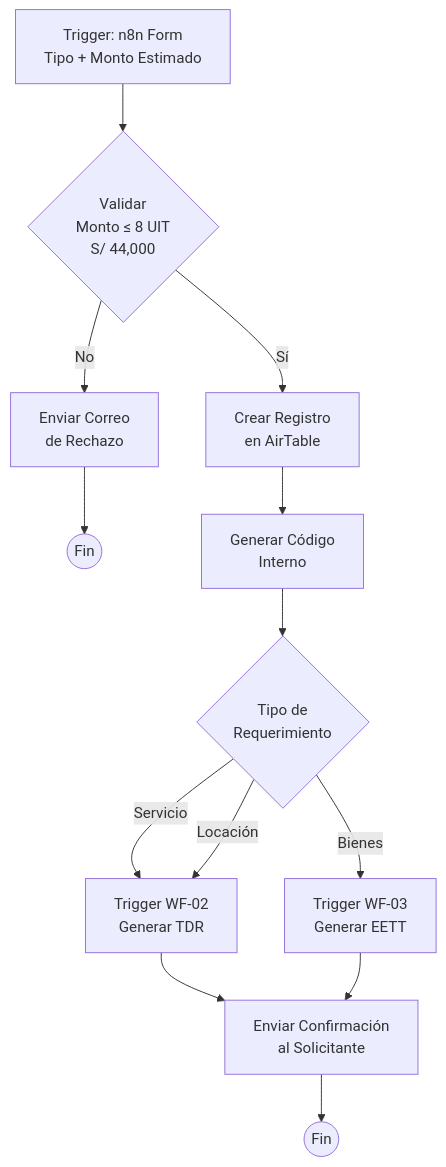
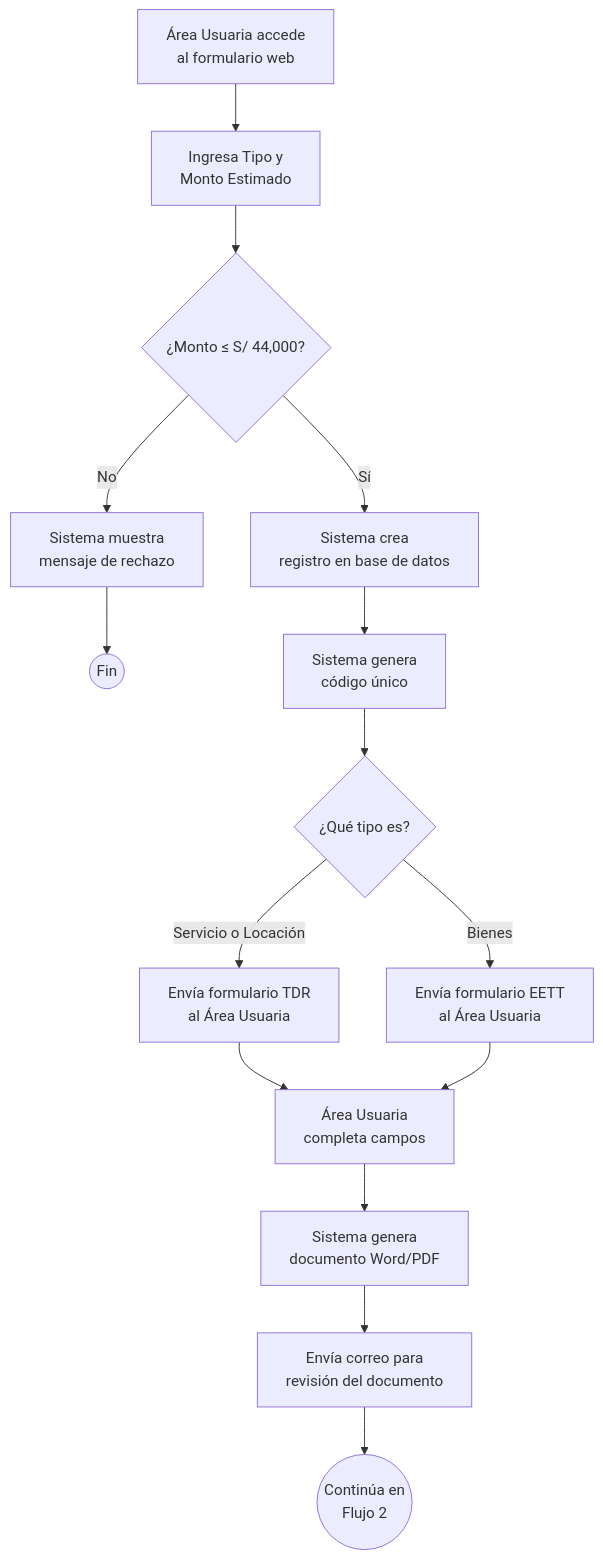
Before and after one commit to lfam200/WorkFlow-n8n: the fifth of 16 diagrams in README.md, drawn with Mermaid. The commit also changed other lines of this file, not shown here.

````diff
--- a/README.md
+++ b/README.md
@@ -762,19 +263,22 @@
 ```mermaid
 flowchart TD
-    A[Trigger: n8n Form<br/>Tipo + Monto Estimado] --> B{Validar<br/>Monto ≤ 8 UIT<br/>S/ 44,000}
+    A[Área Usuaria accede<br/>al formulario web] --> B[Ingresa Tipo y<br/>Monto Estimado]
     
-    B -->|No| C[Enviar Correo<br/>de Rechazo]
-    C --> D((Fin))
+    B --> C{¿Monto ≤ S/ 44,000?}
     
-    B -->|Sí| E[Crear Registro<br/>en AirTable]
-    E --> F[Generar Código<br/>Interno]
-    F --> G{Tipo de<br/>Requerimiento}
+    C -->|No| D[Sistema muestra<br/>mensaje de rechazo]
+    D --> E((Fin))
     
-    G -->|Servicio| H[Trigger WF-02<br/>Generar TDR]
-    G -->|Bienes| I[Trigger WF-03<br/>Generar EETT]
-    G -->|Locación| H
+    C -->|Sí| F[Sistema crea<br/>registro en base de datos]
+    F --> G[Sistema genera<br/>código único]
+    G --> H{¿Qué tipo es?}
     
-    H --> J[Enviar Confirmación<br/>al Solicitante]
-    I --> J
-    J --> K((Fin))
+    H -->|Servicio o Locación| I[Envía formulario TDR<br/>al Área Usuaria]
+    H -->|Bienes| J[Envía formulario EETT<br/>al Área Usuaria]
+    
+    I --> K[Área Usuaria<br/>completa campos]
+    J --> K
+    K --> L[Sistema genera<br/>documento Word/PDF]
+    L --> M[Envía correo para<br/>revisión del documento]
+    M --> N((Continúa en<br/>Flujo 2))
 ```
````
